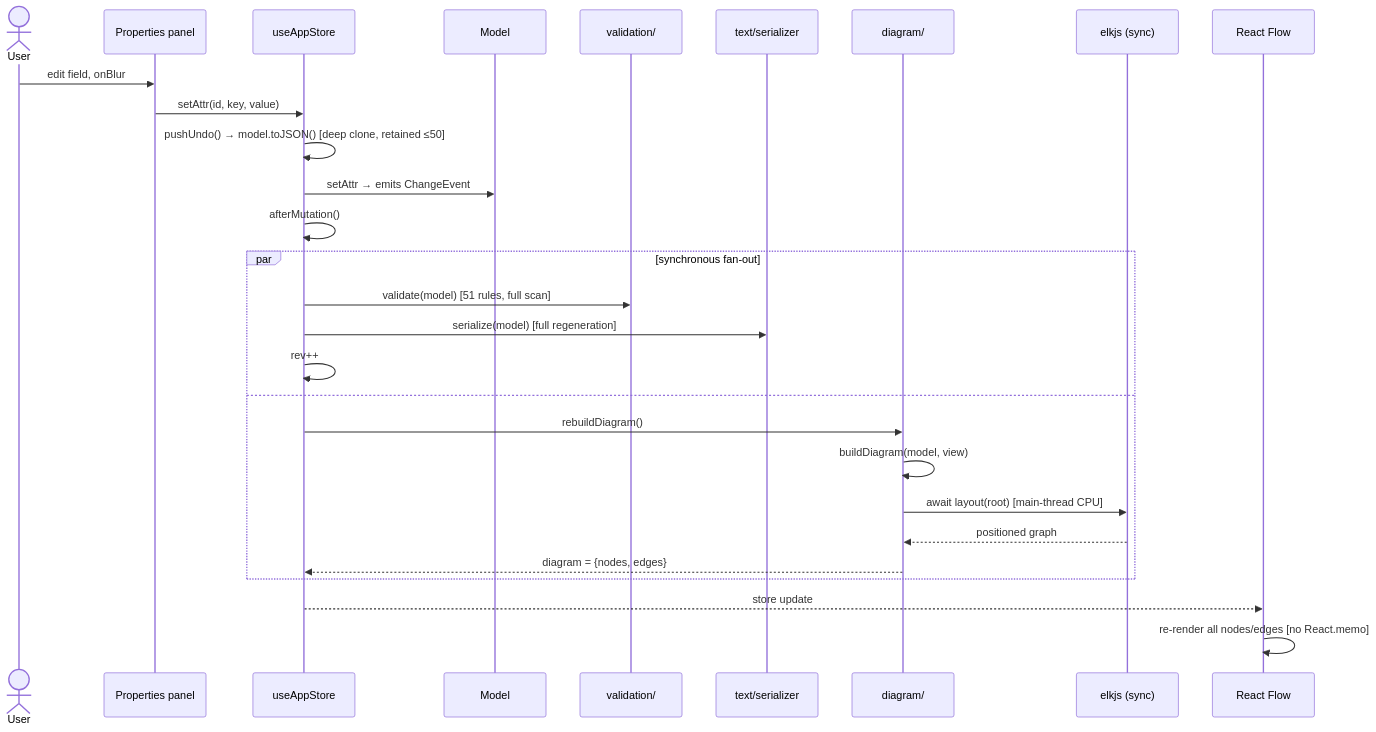
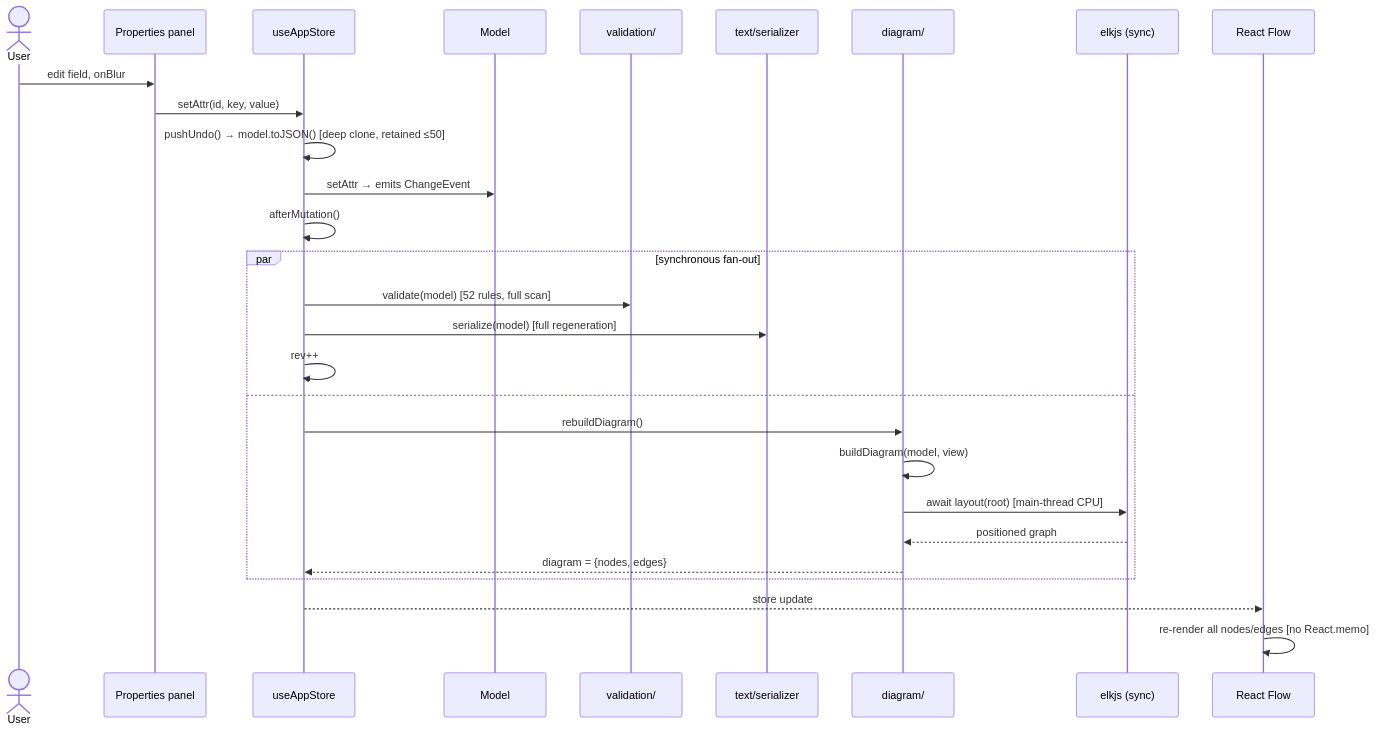
Before and after one commit to cosmindxu/sysprose: the second of 8 diagrams in docs/architecture/06-sequence-diagrams.md, drawn with Mermaid. The commit also changed 15 other files, not shown here.

````diff
--- a/docs/architecture/06-sequence-diagrams.md
+++ b/docs/architecture/06-sequence-diagrams.md
@@ -30,31 +30,31 @@
 ```mermaid
 sequenceDiagram
     actor U as User
     participant P as Properties panel
     participant S as useAppStore
     participant M as Model
     participant V as validation/
     participant T as text/serializer
     participant D as diagram/
     participant ELK as elkjs (sync)
     participant RF as React Flow
 
     U->>P: edit field, onBlur
     P->>S: setAttr(id, key, value)
     S->>S: pushUndo() → model.toJSON() [deep clone, retained ≤50]
     S->>M: setAttr → emits ChangeEvent
     S->>S: afterMutation()
     par synchronous fan-out
-        S->>V: validate(model) [51 rules, full scan]
+        S->>V: validate(model) [52 rules, full scan]
         S->>T: serialize(model) [full regeneration]
         S->>S: rev++
     and
         S->>D: rebuildDiagram()
         D->>D: buildDiagram(model, view)
         D->>ELK: await layout(root) [main-thread CPU]
         ELK-->>D: positioned graph
         D-->>S: diagram = {nodes, edges}
     end
     S-->>RF: store update
     RF->>RF: re-render all nodes/edges [no React.memo]
 ```
````
